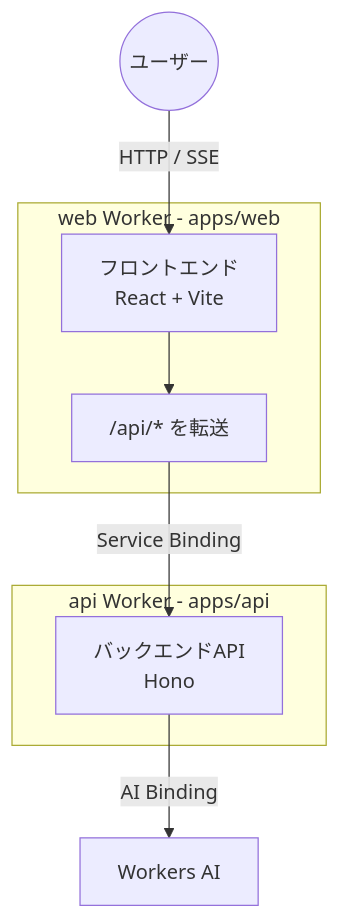
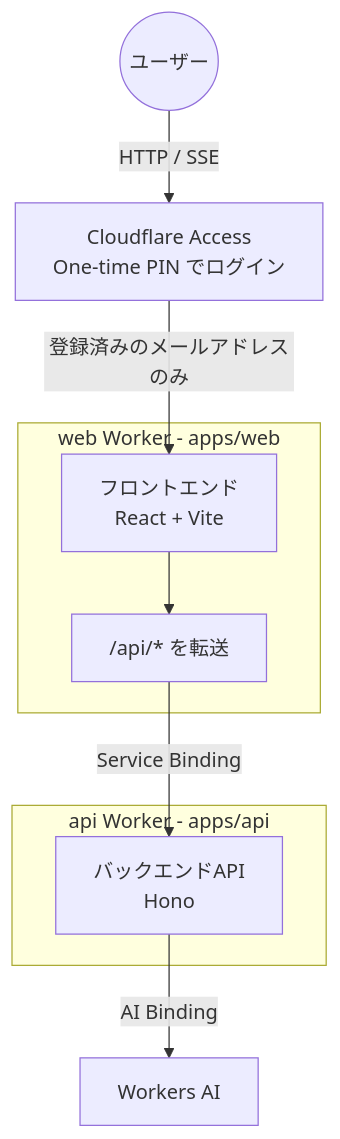
Before and after one commit to yoshihicode/workers_ai_dev_team: the diagram in README.md, drawn with Mermaid. The commit also changed other lines of this file and 3 other files, not shown here.

Commit message:
feat: Add authorication by one-time pin.

````diff
--- a/README.md
+++ b/README.md
@@ -56,20 +60,22 @@
 ```mermaid
 graph TD
     User((ユーザー))
+    Access["Cloudflare Access<br/>One-time PIN でログイン"]
 
     subgraph WEB [web Worker - apps/web]
         Front["フロントエンド<br/>React + Vite"]
         Proxy["/api/* を転送"]
     end
 
     subgraph API [api Worker - apps/api]
         Backend["バックエンドAPI<br/>Hono"]
     end
 
     WAI["Workers AI"]
 
-    User -->|HTTP / SSE| Front
+    User -->|HTTP / SSE| Access
+    Access -->|登録済みのメールアドレスのみ| Front
     Front --> Proxy
     Proxy -->|Service Binding| Backend
     Backend -->|AI Binding| WAI
 ```
````
